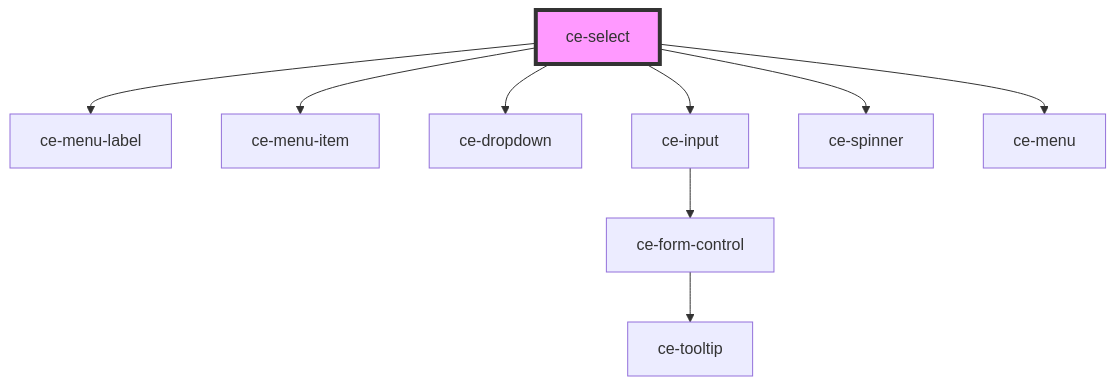
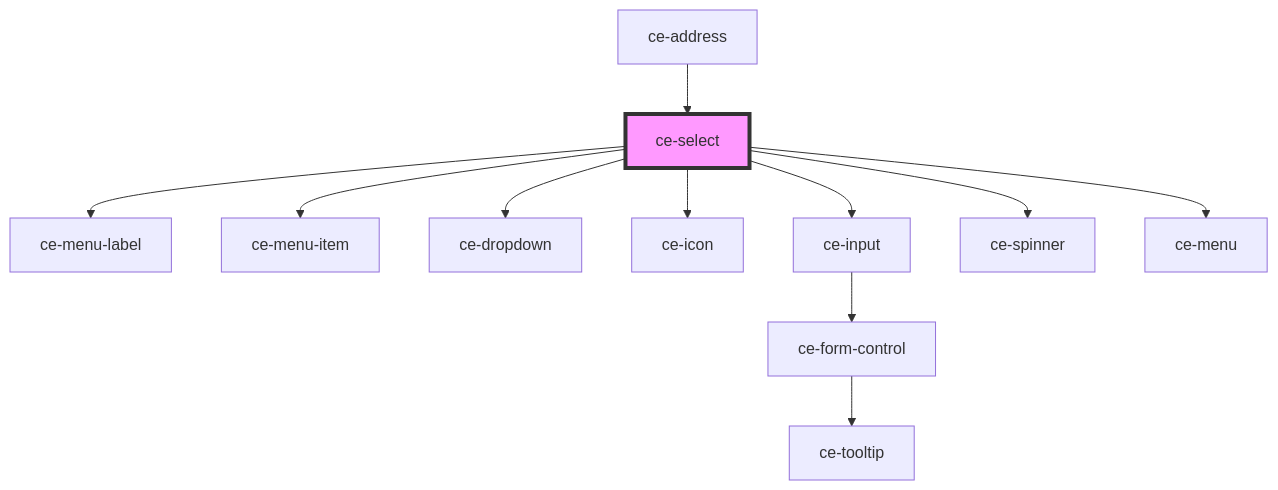
One commit to surecart/surecart-wp-plugin changed the diagram in packages/components/src/components/ui/select/readme.md. Above: the diagram before and after it, drawn with Mermaid. The commit also changed other lines of this file and 162 other files, not shown here.

````diff
--- a/packages/components/src/components/ui/select/readme.md
+++ b/packages/components/src/components/ui/select/readme.md
@@ -77,12 +90,14 @@
 ```mermaid
 graph TD;
   ce-select --> ce-menu-label
   ce-select --> ce-menu-item
   ce-select --> ce-dropdown
+  ce-select --> ce-icon
   ce-select --> ce-input
   ce-select --> ce-spinner
   ce-select --> ce-menu
   ce-input --> ce-form-control
   ce-form-control --> ce-tooltip
+  ce-address --> ce-select
   style ce-select fill:#f9f,stroke:#333,stroke-width:4px
 ```
````
